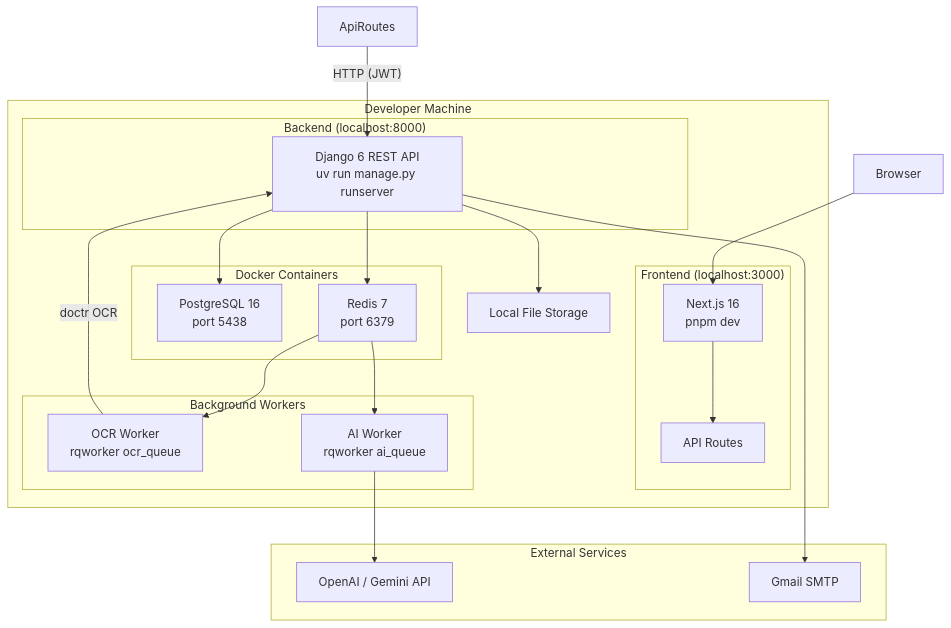
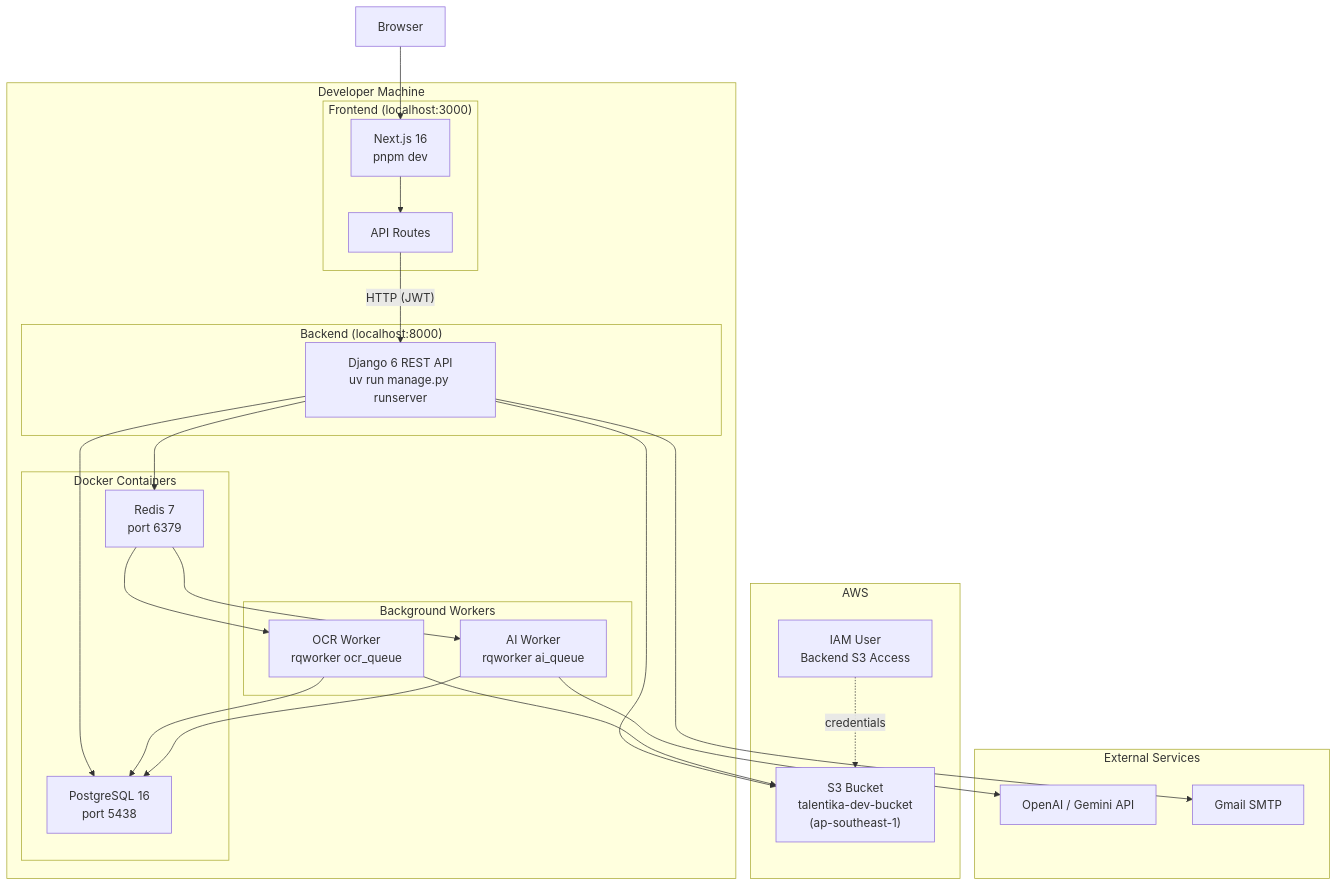
One commit to roiceee/talentika changed the first of 4 diagrams in documentation/system-architecture.md. Above: the diagram before and after it, drawn with Mermaid. The commit also changed other lines of this file, not shown here.

Commit message:
feat: update system architecture documentation to clarify AWS components and API routes

````diff
--- a/documentation/system-architecture.md
+++ b/documentation/system-architecture.md
@@ -5,43 +5,50 @@
 ```mermaid
 graph TB
     subgraph Developer Machine
         subgraph Frontend["Frontend (localhost:3000)"]
             NextJS["Next.js 16<br/>pnpm dev"]
             APIRoutes["API Routes"]
             NextJS --> APIRoutes
         end
 
         subgraph Backend["Backend (localhost:8000)"]
             Django["Django 6 REST API<br/>uv run manage.py runserver"]
         end
 
         subgraph Docker Containers
             Postgres["PostgreSQL 16<br/>port 5438"]
             Redis["Redis 7<br/>port 6379"]
         end
 
         subgraph Workers["Background Workers"]
             OCRWorker["OCR Worker<br/>rqworker ocr_queue"]
             AIWorker["AI Worker<br/>rqworker ai_queue"]
         end
 
-        LocalStorage["Local File Storage"]
+    end
+
+    subgraph AWS
+        S3Dev["S3 Bucket<br/>talentika-dev-bucket<br/>(ap-southeast-1)"]
+        IAMDev["IAM User<br/>Backend S3 Access"]
     end
 
     subgraph External Services
         OpenAI["OpenAI / Gemini API"]
         SMTP["Gmail SMTP"]
     end
 
-    ApiRoutes -- "HTTP (JWT)" --> Django
+    APIRoutes -- "HTTP (JWT)" --> Django
     Django --> Postgres
     Django --> Redis
     Redis --> OCRWorker
     Redis --> AIWorker
-    OCRWorker -- "doctr OCR" --> Django
+    OCRWorker --> Postgres
+    AIWorker --> Postgres
     AIWorker --> OpenAI
-    Django --> LocalStorage
+    Django --> S3Dev
+    OCRWorker --> S3Dev
+    IAMDev -.->|credentials| S3Dev
     Django --> SMTP
 
     Browser["Browser"] --> NextJS
 ```
````
